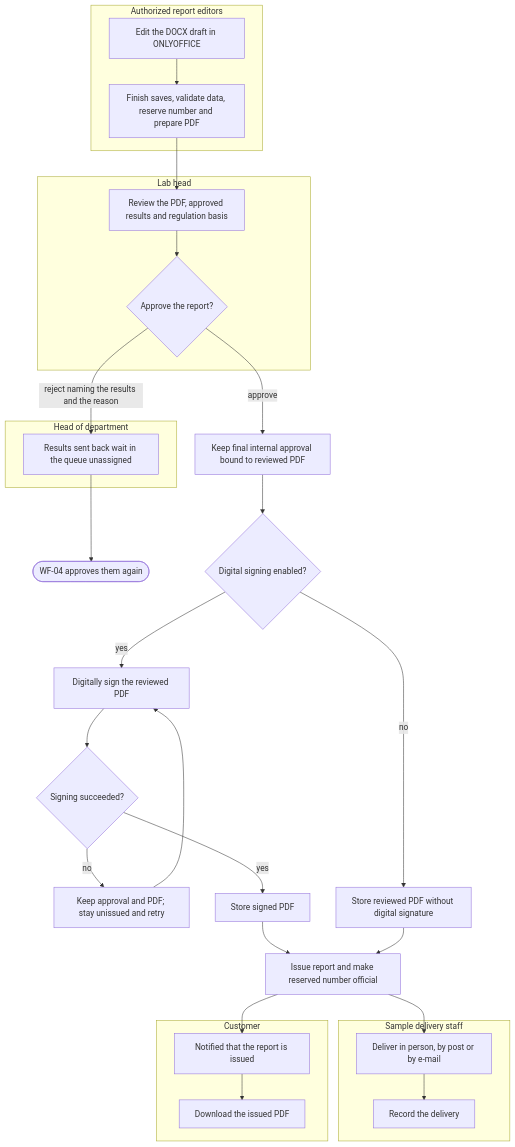
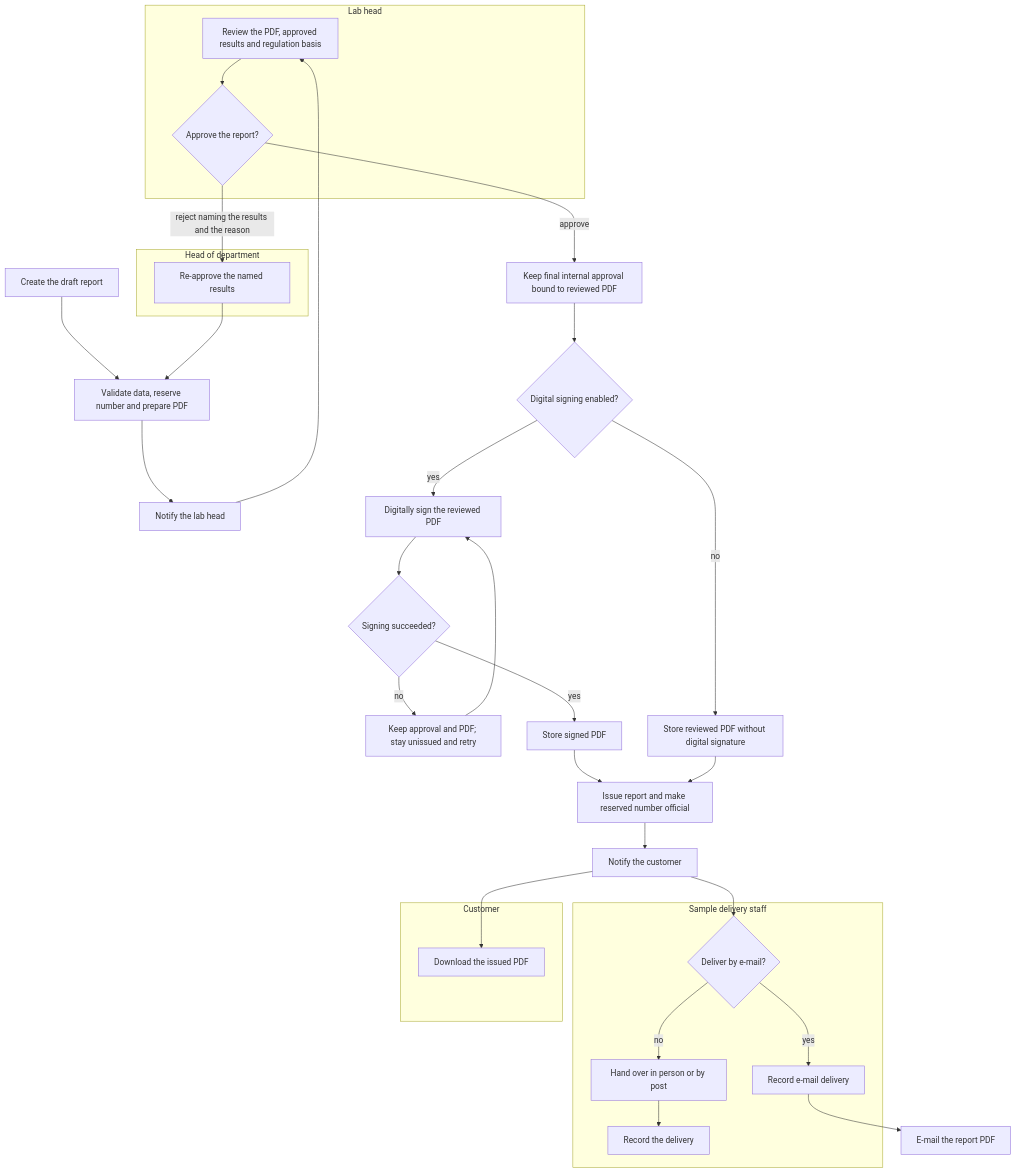
Before and after one commit to SoltuneMontepre/medilab: the sixth of 17 diagrams in docs/functional/business-flows.md, drawn with Mermaid. The commit also changed other lines of this file and 122 other files, not shown here.

First line of the commit message:
[docs] Align the requirements with the final activity diagrams and BM04 v1.1 (#551)

````diff
--- a/docs/functional/business-flows.md
+++ b/docs/functional/business-flows.md
@@ -281,31 +310,33 @@
 ```mermaid
 flowchart TD
-    subgraph report_editors ["Authorized report editors"]
-        p1[Edit the DOCX draft in ONLYOFFICE] --> p2[Finish saves, validate data, reserve number and prepare PDF]
-    end
     subgraph lane15 ["Lab head"]
         l1[Review the PDF, approved results and regulation basis] --> l2{Approve the report?}
     end
     subgraph lane16 ["Head of department"]
-        h1[Results sent back wait in the queue unassigned]
+        h1[Re-approve the named results]
     end
     subgraph lane17 ["Sample delivery staff"]
-        d1[Deliver in person, by post or by e-mail] --> d2[Record the delivery]
+        d0{Deliver by e-mail?}
+        d1[Record e-mail delivery]
+        d3[Hand over in person or by post] --> d2[Record the delivery]
     end
     subgraph lane18 ["Customer"]
-        c1[Notified that the report is issued] --> c2[Download the issued PDF]
+        c2[Download the issued PDF]
     end
-    p2 --> l1
-    l2 -->|reject naming the results and the reason| h1 --> wf04([WF-04 approves them again])
+    draft[Create the draft report] --> prepare[Validate data, reserve number and prepare PDF] --> notifyLab[Notify the lab head] --> l1
+    l2 -->|reject naming the results and the reason| h1 --> prepare
     l2 -->|approve| approved[Keep final internal approval bound to reviewed PDF]
     approved --> enabled{Digital signing enabled?}
     enabled -->|yes| digital[Digitally sign the reviewed PDF]
     digital --> success{Signing succeeded?}
     success -->|no| retry[Keep approval and PDF; stay unissued and retry] --> digital
     success -->|yes| stored[Store signed PDF]
     enabled -->|no| plain[Store reviewed PDF without digital signature]
     stored --> issued[Issue report and make reserved number official]
     plain --> issued
-    issued --> d1
-    issued --> c1
+    issued --> notifyCustomer[Notify the customer]
+    notifyCustomer --> c2
+    notifyCustomer --> d0
+    d0 -->|yes| d1 --> send[E-mail the report PDF]
+    d0 -->|no| d3
 ```
````
